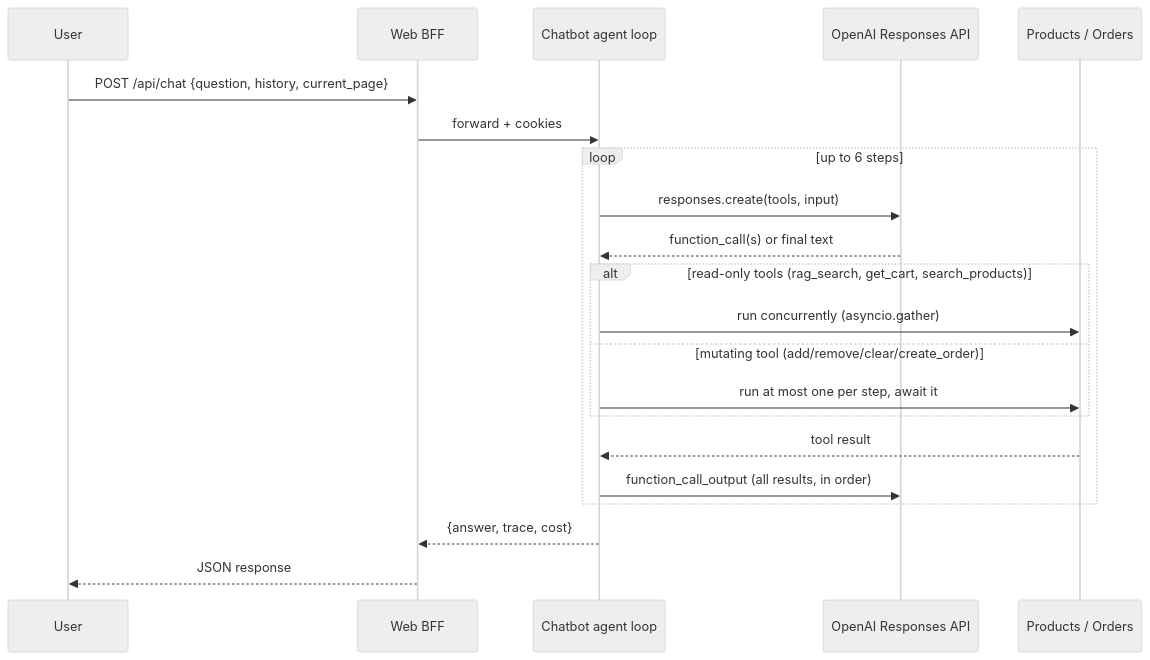
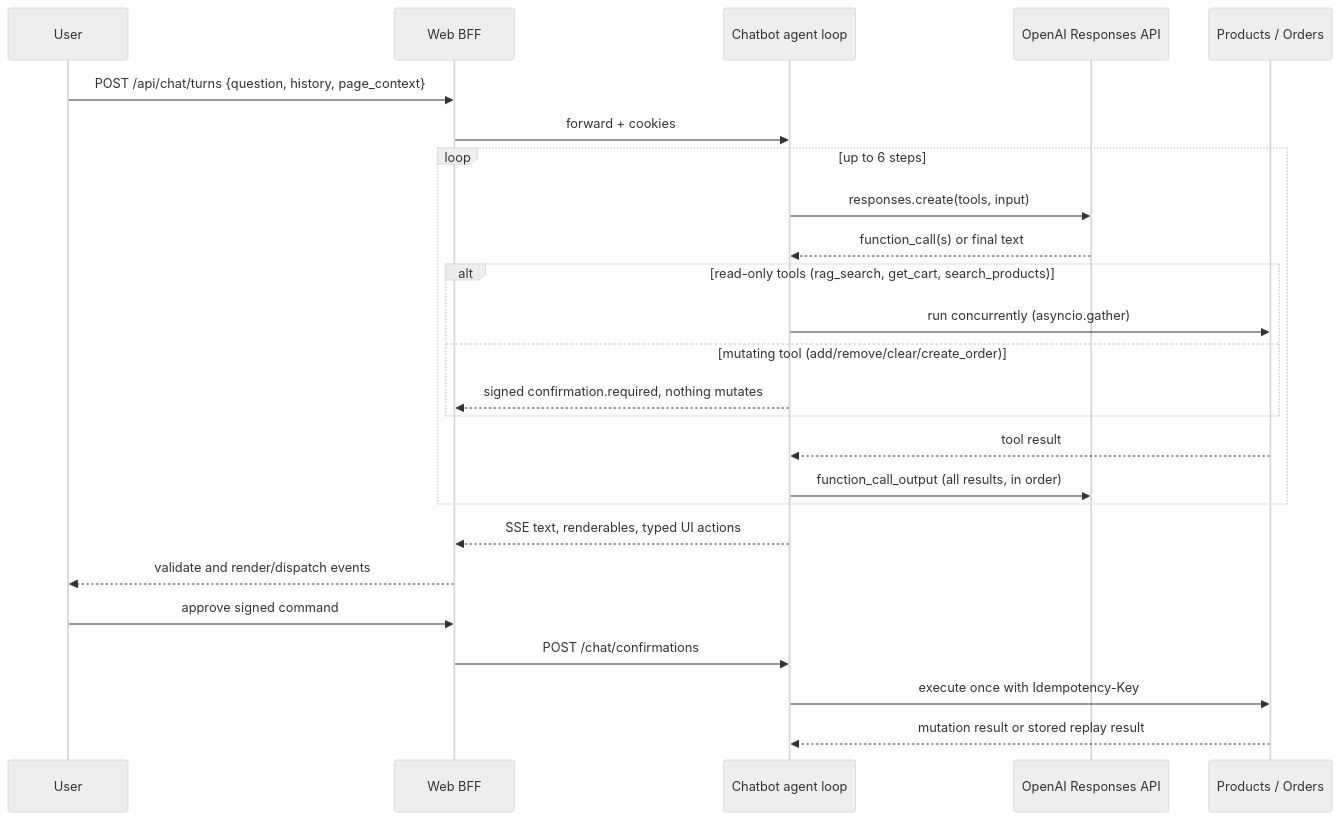
Before and after one commit to ChristianMendozaa/UCB-e-commerce: the second of 4 diagrams in README.md, drawn with Mermaid (neutral theme). The commit also changed other lines of this file and 52 other files, not shown here.

````diff
--- a/README.md
+++ b/README.md
@@ -116,24 +138,28 @@
 ```mermaid
 sequenceDiagram
     participant U as User
     participant W as Web BFF
     participant C as Chatbot agent loop
     participant O as OpenAI Responses API
     participant P as Products / Orders
 
-    U->>W: POST /api/chat {question, history, current_page}
+    U->>W: POST /api/chat/turns {question, history, page_context}
     W->>C: forward + cookies
     loop up to 6 steps
         C->>O: responses.create(tools, input)
         O-->>C: function_call(s) or final text
         alt read-only tools (rag_search, get_cart, search_products)
             C->>P: run concurrently (asyncio.gather)
         else mutating tool (add/remove/clear/create_order)
-            C->>P: run at most one per step, await it
+            C-->>W: signed confirmation.required, nothing mutates
         end
         P-->>C: tool result
         C->>O: function_call_output (all results, in order)
     end
-    C-->>W: {answer, trace, cost}
-    W-->>U: JSON response
+    C-->>W: SSE text, renderables, typed UI actions
+    W-->>U: validate and render/dispatch events
+    U->>W: approve signed command
+    W->>C: POST /chat/confirmations
+    C->>P: execute once with Idempotency-Key
+    P-->>C: mutation result or stored replay result
 ```
````
